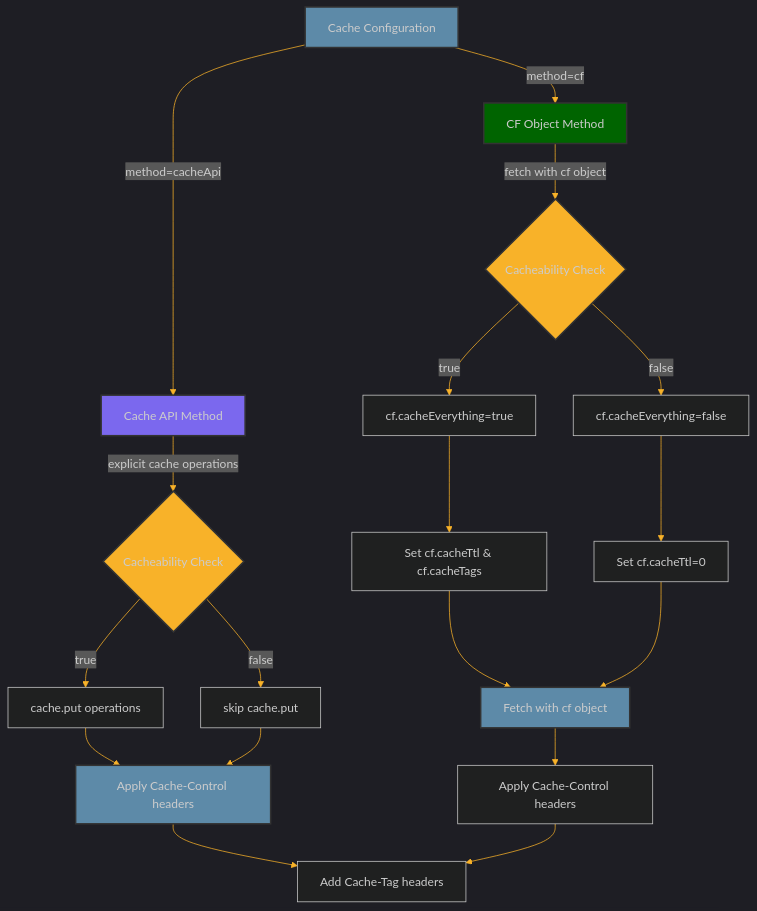
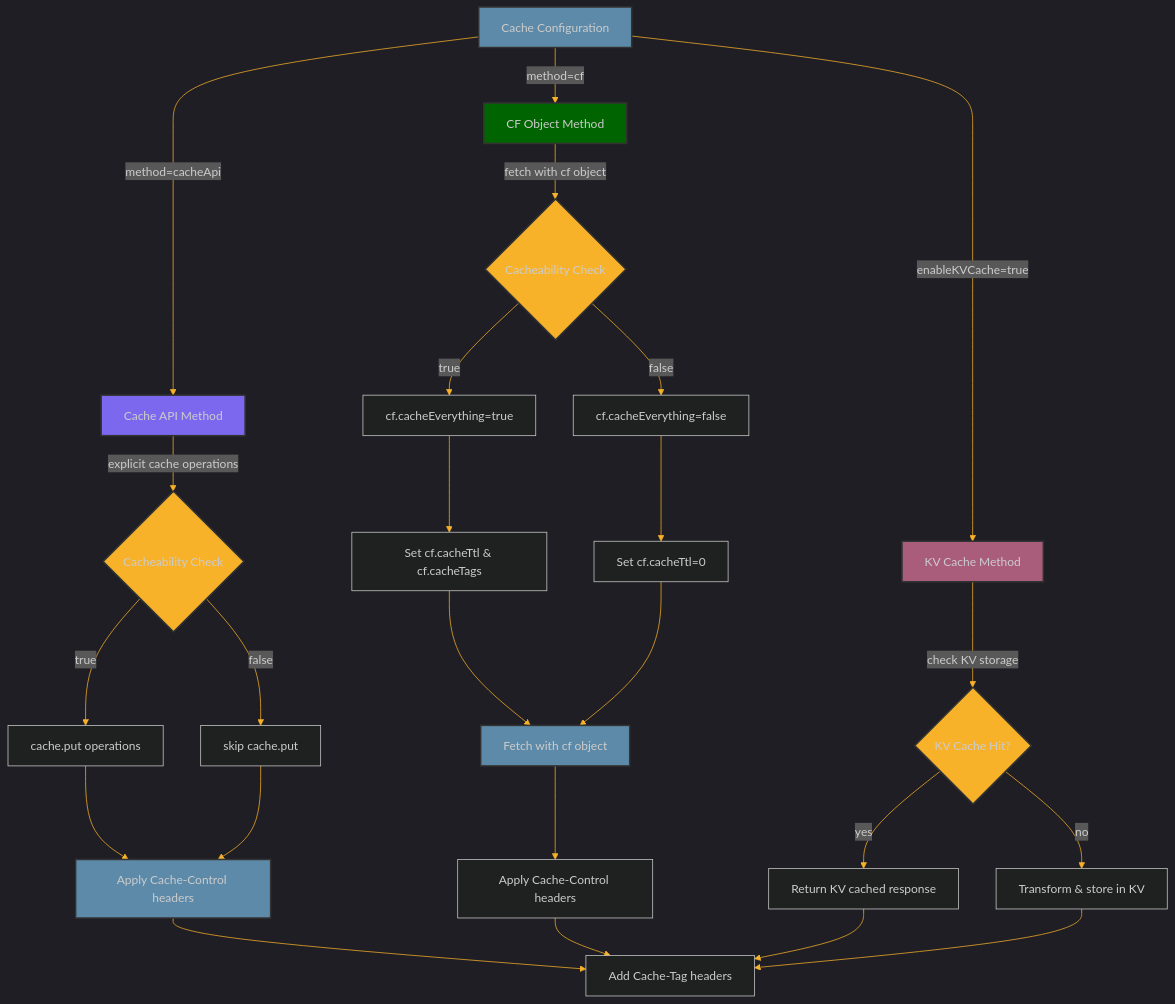
Before and after one commit to erfianugrah/video-resizer: the second of 4 diagrams in README.md, drawn with Mermaid. The commit also changed other lines of this file and 30 other files, not shown here.

Commit message:
Fixed KV cache configuration parsing and propagation to ensure enableKVCache is properly set when environment variable CACHE_ENABLE_KV is 'true'

````diff
--- a/README.md
+++ b/README.md
@@ -564,36 +565,45 @@
 ```mermaid
 %%{init: {'theme': 'dark', 'themeVariables': { 'primaryColor': '#5D8AA8', 'primaryTextColor': '#fff', 'primaryBorderColor': '#5D8AA8', 'lineColor': '#F8B229', 'secondaryColor': '#006400', 'tertiaryColor': '#3E3E3E' }}}%%
 flowchart TD
     A[Cache Configuration] -->|method=cf| B[CF Object Method]
     A -->|method=cacheApi| C[Cache API Method]
+    A -->|enableKVCache=true| D[KV Cache Method]
     
-    B -->|fetch with cf object| D{Cacheability Check}
-    C -->|explicit cache operations| E{Cacheability Check}
+    B -->|fetch with cf object| E{Cacheability Check}
+    C -->|explicit cache operations| F{Cacheability Check}
+    D -->|check KV storage| G{KV Cache Hit?}
     
-    D -->|true| F[cf.cacheEverything=true]
-    D -->|false| G[cf.cacheEverything=false]
+    E -->|true| H[cf.cacheEverything=true]
+    E -->|false| I[cf.cacheEverything=false]
     
-    E -->|true| H[cache.put operations]
-    E -->|false| I[skip cache.put]
+    F -->|true| J[cache.put operations]
+    F -->|false| K[skip cache.put]
     
-    F --> J[Set cf.cacheTtl & cf.cacheTags]
-    G --> K[Set cf.cacheTtl=0]
+    G -->|yes| L[Return KV cached response]
+    G -->|no| M[Transform & store in KV]
     
-    J --> L[Fetch with cf object]
-    K --> L
+    H --> N[Set cf.cacheTtl & cf.cacheTags]
+    I --> O[Set cf.cacheTtl=0]
     
-    H --> M[Apply Cache-Control headers]
-    I --> M
+    N --> P[Fetch with cf object]
+    O --> P
     
-    L --> N[Apply Cache-Control headers]
-    M --> O[Add Cache-Tag headers]
-    N --> O
+    J --> Q[Apply Cache-Control headers]
+    K --> Q
+    
+    P --> R[Apply Cache-Control headers]
+    Q --> S[Add Cache-Tag headers]
+    R --> S
+    L --> S
+    M --> S
     
     style A fill:#5D8AA8,stroke:#333,stroke-width:2px
     style B fill:#006400,stroke:#333,stroke-width:2px
     style C fill:#7B68EE,stroke:#333,stroke-width:2px
-    style D fill:#F8B229,stroke:#333,stroke-width:2px
+    style D fill:#AA5D7B,stroke:#333,stroke-width:2px
     style E fill:#F8B229,stroke:#333,stroke-width:2px
-    style L fill:#5D8AA8,stroke:#333,stroke-width:2px
-    style M fill:#5D8AA8,stroke:#333,stroke-width:2px
+    style F fill:#F8B229,stroke:#333,stroke-width:2px
+    style G fill:#F8B229,stroke:#333,stroke-width:2px
+    style P fill:#5D8AA8,stroke:#333,stroke-width:2px
+    style Q fill:#5D8AA8,stroke:#333,stroke-width:2px
 ```
````
